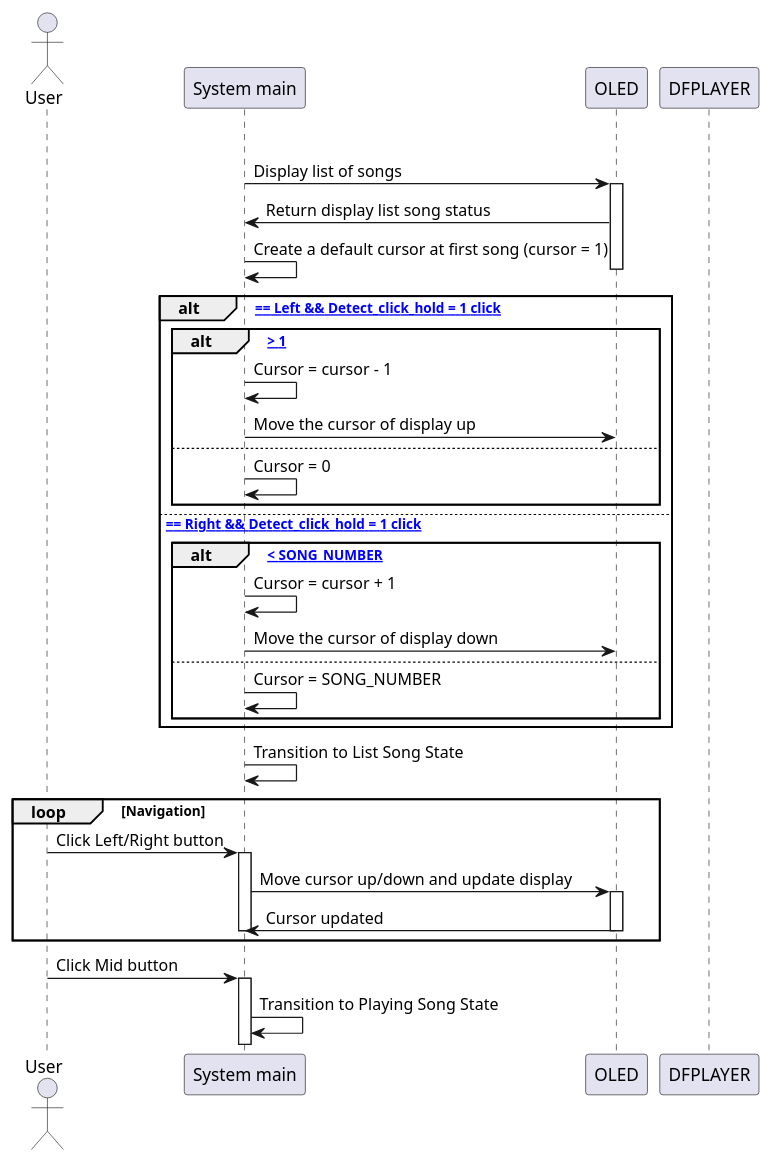
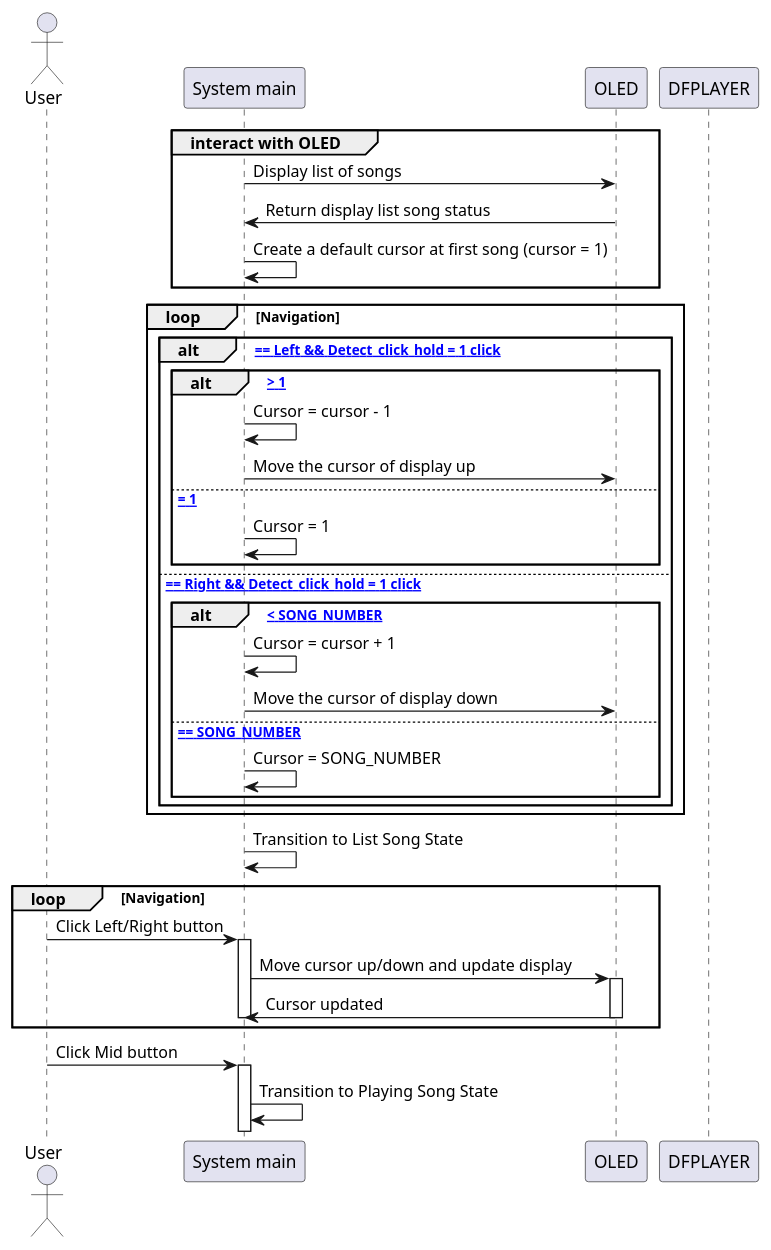
Before and after one commit to toannguyentien-itr-intern/MP3_Player: the diagram in Documents/Seqence_diagram/3_system_list_song_screen.wsd, drawn with PlantUML.

Commit message:
Update: Config the loop navigation

```diff
--- a/Documents/Seqence_diagram/3_system_list_song_screen.wsd
+++ b/Documents/Seqence_diagram/3_system_list_song_screen.wsd
@@ -1,49 +1,50 @@
 @startuml system_list_song_screen
 actor User
 participant "System main"   as    System_main
 participant OLED
 participant DFPLAYER
 
 group interact with OLED
 System_main -> OLED: Display list of songs
-activate OLED
 OLED -> System_main: Return display list song status  
 System_main -> System_main: Create a default cursor at first song (cursor = 1)
-deactivate OLED
+end
 
-
+loop Navigation 
 alt [Detect_button_press == Left && Detect_click_hold = 1 click]
   alt [Cursor > 1]
     System_main -> System_main: Cursor = cursor - 1 
     System_main -> OLED: Move the cursor of display up
-  else
-    System_main -> System_main: Cursor = 0
+  else [Cursor = 1]
+    System_main -> System_main: Cursor = 1
   end
 
 else [Detect_button_press == Right && Detect_click_hold = 1 click]
   alt [Cursor < SONG_NUMBER]
     System_main -> System_main: Cursor = cursor + 1 
     System_main -> OLED: Move the cursor of display down
-  else
+  else [Cursor == SONG_NUMBER]
     System_main -> System_main: Cursor = SONG_NUMBER
   end
 
 end 
+end
 
 System_main -> System_main: Transition to List Song State
 
 loop Navigation
+
     User -> System_main: Click Left/Right button
     activate System_main
     System_main -> OLED: Move cursor up/down and update display
     activate OLED
     OLED -> System_main: Cursor updated
     deactivate OLED
     deactivate System_main
-end
 
+end 
 User -> System_main: Click Mid button
 activate System_main
 
 System_main -> System_main: Transition to Playing Song State
 @enduml
```
